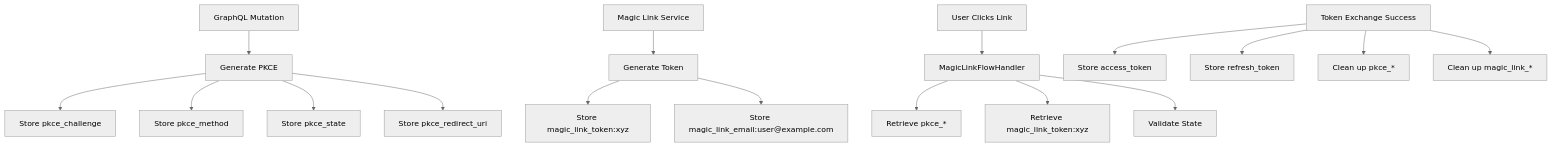
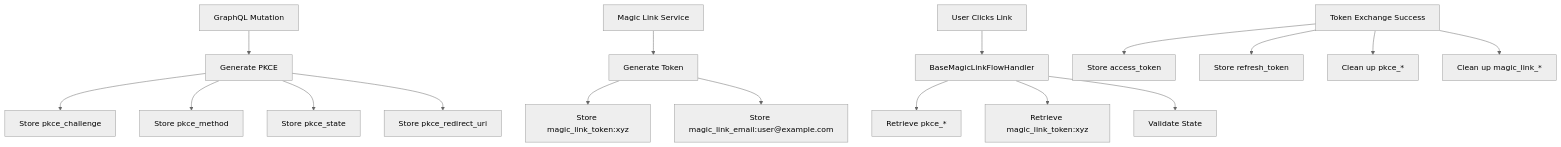
Before and after one commit to zestic/oauth-core: the seventh of 7 diagrams in docs/GRAPHQL_FLOWS.md, drawn with Mermaid (neutral theme). The commit also changed other lines of this file and 11 other files, not shown here.

First line of the commit message:
Fix magic link parameter naming and validation

````diff
--- a/docs/GRAPHQL_FLOWS.md
+++ b/docs/GRAPHQL_FLOWS.md
@@ -246,22 +246,22 @@
 ```mermaid
 graph TD
     A[GraphQL Mutation] --> B[Generate PKCE]
     B --> C[Store pkce_challenge]
     B --> D[Store pkce_method]
     B --> E[Store pkce_state]
     B --> F[Store pkce_redirect_uri]
     
     G[Magic Link Service] --> H[Generate Token]
     H --> I[Store magic_link_token:xyz]
     H --> J[Store magic_link_email:user@example.com]
     
-    K[User Clicks Link] --> L[MagicLinkFlowHandler]
+    K[User Clicks Link] --> L[BaseMagicLinkFlowHandler]
     L --> M[Retrieve pkce_*]
     L --> N[Retrieve magic_link_token:xyz]
     L --> O[Validate State]
     
     P[Token Exchange Success] --> Q[Store access_token]
     P --> R[Store refresh_token]
     P --> S[Clean up pkce_*]
     P --> T[Clean up magic_link_*]
 ```
````
